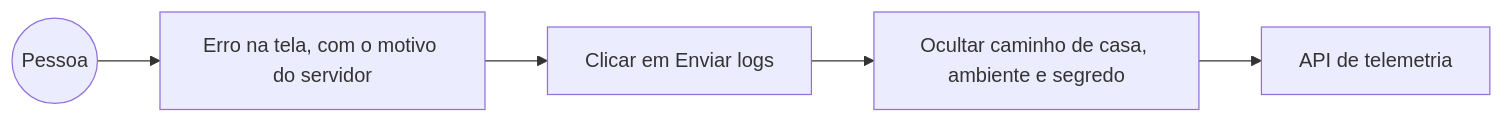
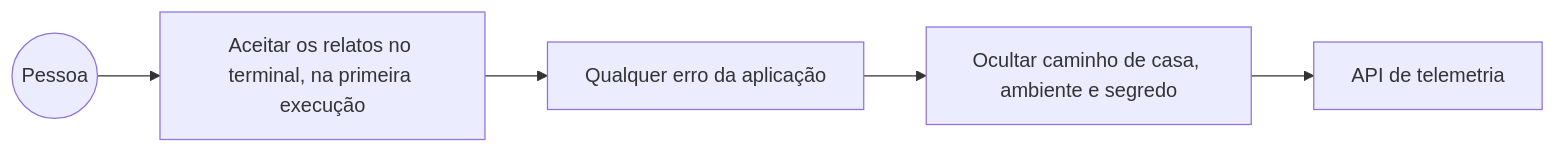
One commit to KauanCalheiro/acutis changed diagram 12 of 15 in docs/DIAGRAMS/USE-CASE-DIAGRAMS.md. Above: the diagram before and after it, drawn with Mermaid. The commit also changed other lines of this file and 22 other files, not shown here.

````diff
--- a/docs/DIAGRAMS/USE-CASE-DIAGRAMS.md
+++ b/docs/DIAGRAMS/USE-CASE-DIAGRAMS.md
@@ -504,11 +504,11 @@
 ```mermaid
 flowchart LR
   P(("Pessoa"))
 
-  ER["Erro na tela, com o motivo do servidor"]
-  BT["Clicar em Enviar logs"]
+  CS["Aceitar os relatos no terminal, na primeira execução"]
+  ER["Qualquer erro da aplicação"]
   RD["Ocultar caminho de casa, ambiente e segredo"]
   API["API de telemetria"]
 
-  P --> ER --> BT --> RD --> API
+  P --> CS --> ER --> RD --> API
 ```
````
